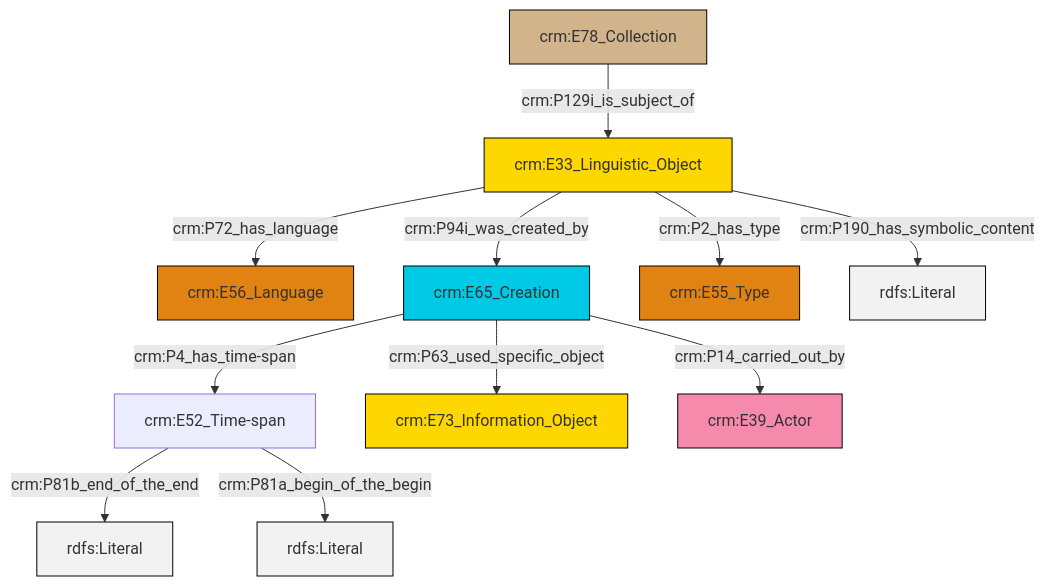
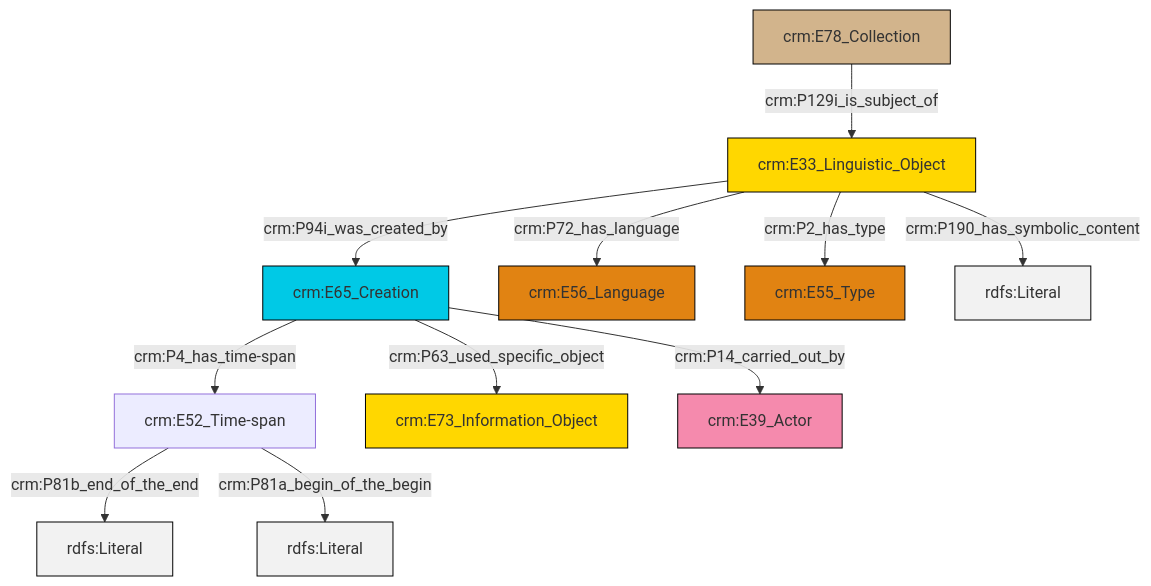
Before and after one commit to swiss-art-research-net/docs.swissartresearch: the diagram in et/archivalCSV/ttl/mmd/archival_desc.ttl.mmd, drawn with Mermaid. The commit also changed 179 other files, not shown here.

```diff
--- a/et/archivalCSV/ttl/mmd/archival_desc.ttl.mmd
+++ b/et/archivalCSV/ttl/mmd/archival_desc.ttl.mmd
@@ -1,25 +1,25 @@
 graph TD
 classDef Literal fill:#f2f2f2,stroke:#000000;
 classDef CRM_Entity fill:#FFFFFF,stroke:#000000;
 classDef Temporal_Entity fill:#00C9E6, stroke:#000000;
 classDef Type fill:#E18312, stroke:#000000;
 classDef Time-Span fill:#2C9C91, stroke:#000000;
 classDef Appellation fill:#FFEB7F, stroke:#000000;
 classDef Place fill:#008836, stroke:#000000;
 classDef Persistent_Item fill:#B266B2, stroke:#000000;
 classDef Conceptual_Object fill:#FFD700, stroke:#000000;
 classDef Physical_Thing fill:#D2B48C, stroke:#000000;
 classDef Actor fill:#f58aad, stroke:#000000;
 classDef PC_Classes fill:#4ce600, stroke:#000000;
 classDef Multi fill:#cccccc,stroke:#000000;
 
-0["crm:E33_Linguistic_Object"]:::Conceptual_Object -->|crm:P72_has_language| 1["crm:E56_Language"]:::Type
-5["crm:E65_Creation"]:::Temporal_Entity -->|crm:P4_has_time-span| 2["crm:E52_Time-span"]:::Default
-0["crm:E33_Linguistic_Object"]:::Conceptual_Object -->|crm:P190_has_symbolic_content| 11[rdfs:Literal]:::Literal
-9["crm:E78_Collection"]:::Physical_Thing -->|crm:P129i_is_subject_of| 0["crm:E33_Linguistic_Object"]:::Conceptual_Object
-5["crm:E65_Creation"]:::Temporal_Entity -->|crm:P63_used_specific_object| 12["crm:E73_Information_Object"]:::Conceptual_Object
-2["crm:E52_Time-span"]:::Default -->|crm:P81b_end_of_the_end| 14[rdfs:Literal]:::Literal
-0["crm:E33_Linguistic_Object"]:::Conceptual_Object -->|crm:P2_has_type| 7["crm:E55_Type"]:::Type
-5["crm:E65_Creation"]:::Temporal_Entity -->|crm:P14_carried_out_by| 15["crm:E39_Actor"]:::Actor
-2["crm:E52_Time-span"]:::Default -->|crm:P81a_begin_of_the_begin| 17[rdfs:Literal]:::Literal
-0["crm:E33_Linguistic_Object"]:::Conceptual_Object -->|crm:P94i_was_created_by| 5["crm:E65_Creation"]:::Temporal_Entity
+0["crm:E52_Time-span"]:::Default -->|crm:P81b_end_of_the_end| 1[rdfs:Literal]:::Literal
+4["crm:E65_Creation"]:::Temporal_Entity -->|crm:P4_has_time-span| 0["crm:E52_Time-span"]:::Default
+7["crm:E33_Linguistic_Object"]:::Conceptual_Object -->|crm:P2_has_type| 8["crm:E55_Type"]:::Type
+7["crm:E33_Linguistic_Object"]:::Conceptual_Object -->|crm:P190_has_symbolic_content| 12[rdfs:Literal]:::Literal
+10["crm:E78_Collection"]:::Physical_Thing -->|crm:P129i_is_subject_of| 7["crm:E33_Linguistic_Object"]:::Conceptual_Object
+0["crm:E52_Time-span"]:::Default -->|crm:P81a_begin_of_the_begin| 16[rdfs:Literal]:::Literal
+7["crm:E33_Linguistic_Object"]:::Conceptual_Object -->|crm:P94i_was_created_by| 4["crm:E65_Creation"]:::Temporal_Entity
+4["crm:E65_Creation"]:::Temporal_Entity -->|crm:P63_used_specific_object| 2["crm:E73_Information_Object"]:::Conceptual_Object
+7["crm:E33_Linguistic_Object"]:::Conceptual_Object -->|crm:P72_has_language| 5["crm:E56_Language"]:::Type
+4["crm:E65_Creation"]:::Temporal_Entity -->|crm:P14_carried_out_by| 14["crm:E39_Actor"]:::Actor
```
